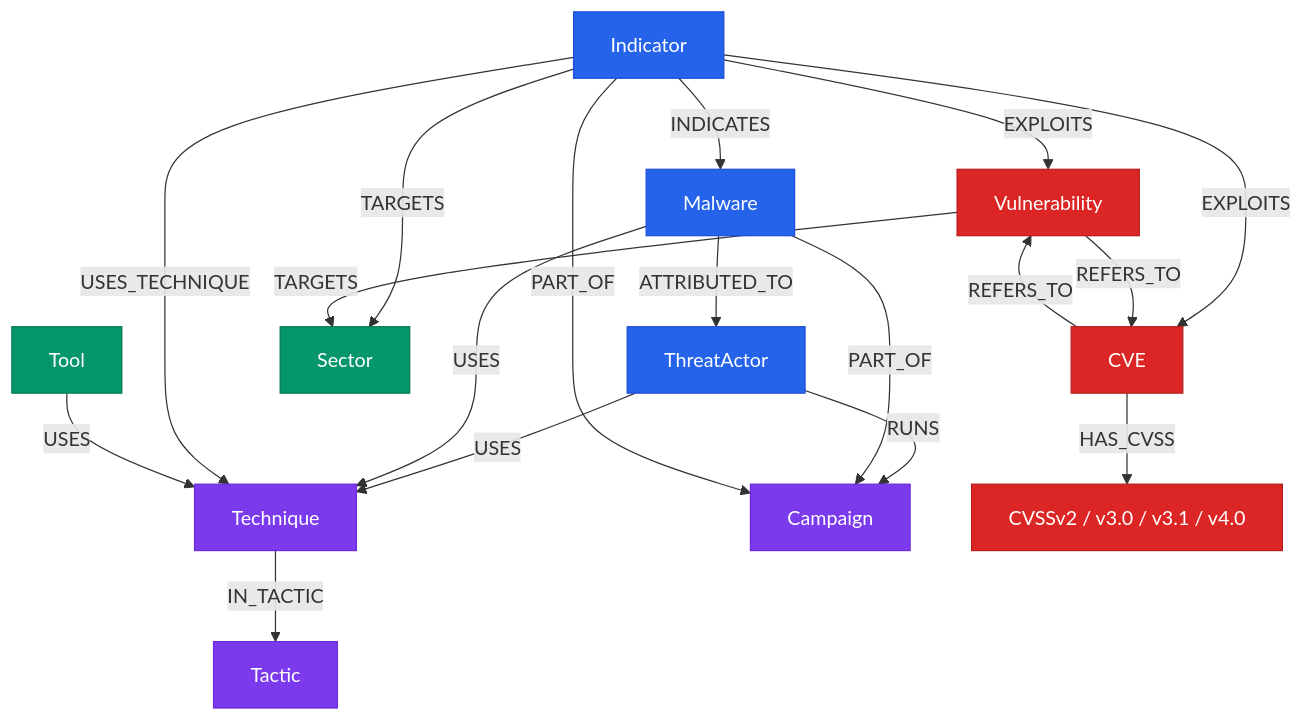
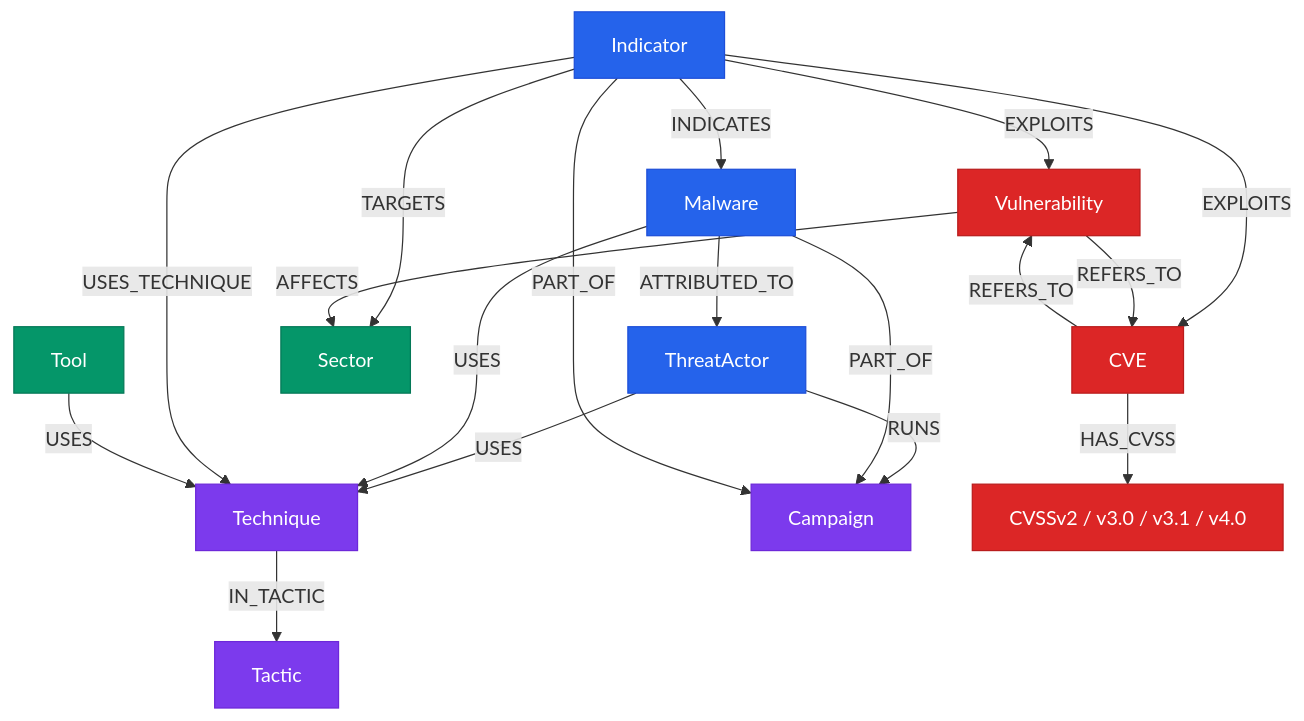
One commit to Kopanov/EdgeGuard-Knowledge-Graph changed the third of 8 diagrams in docs/ARCHITECTURE_DIAGRAMS.md. Above: the diagram before and after it, drawn with Mermaid. The commit also changed other lines of this file and 2 other files, not shown here.

````diff
--- a/docs/ARCHITECTURE_DIAGRAMS.md
+++ b/docs/ARCHITECTURE_DIAGRAMS.md
@@ -114,30 +114,30 @@
 ```mermaid
 graph TB
     TA[ThreatActor] -->|USES| T[Technique]
     TA -->|RUNS| CAMP[Campaign]
     M[Malware] -->|USES| T
     M -->|ATTRIBUTED_TO| TA
     M -->|PART_OF| CAMP
     I[Indicator] -->|INDICATES| M
     I -->|EXPLOITS| V[Vulnerability]
     I -->|EXPLOITS| CVE[CVE]
     I -->|TARGETS| S[Sector]
     I -->|USES_TECHNIQUE| T
     I -->|PART_OF| CAMP
-    V -->|TARGETS| S
+    V -->|AFFECTS| S
     V -->|REFERS_TO| CVE
     CVE -->|REFERS_TO| V
     CVE -->|HAS_CVSS| CVSS[CVSSv2 / v3.0 / v3.1 / v4.0]
     T -->|IN_TACTIC| TAC[Tactic]
     TOOL[Tool] -->|USES| T
 
     classDef core fill:#2563eb,stroke:#1d4ed8,color:#fff
     classDef vuln fill:#dc2626,stroke:#b91c1c,color:#fff
     classDef infra fill:#059669,stroke:#047857,color:#fff
     classDef enriched fill:#7c3aed,stroke:#6d28d9,color:#fff
 
     class TA,M,I core
     class V,CVE,CVSS vuln
     class S,TOOL infra
     class CAMP,T,TAC enriched
 ```
````
